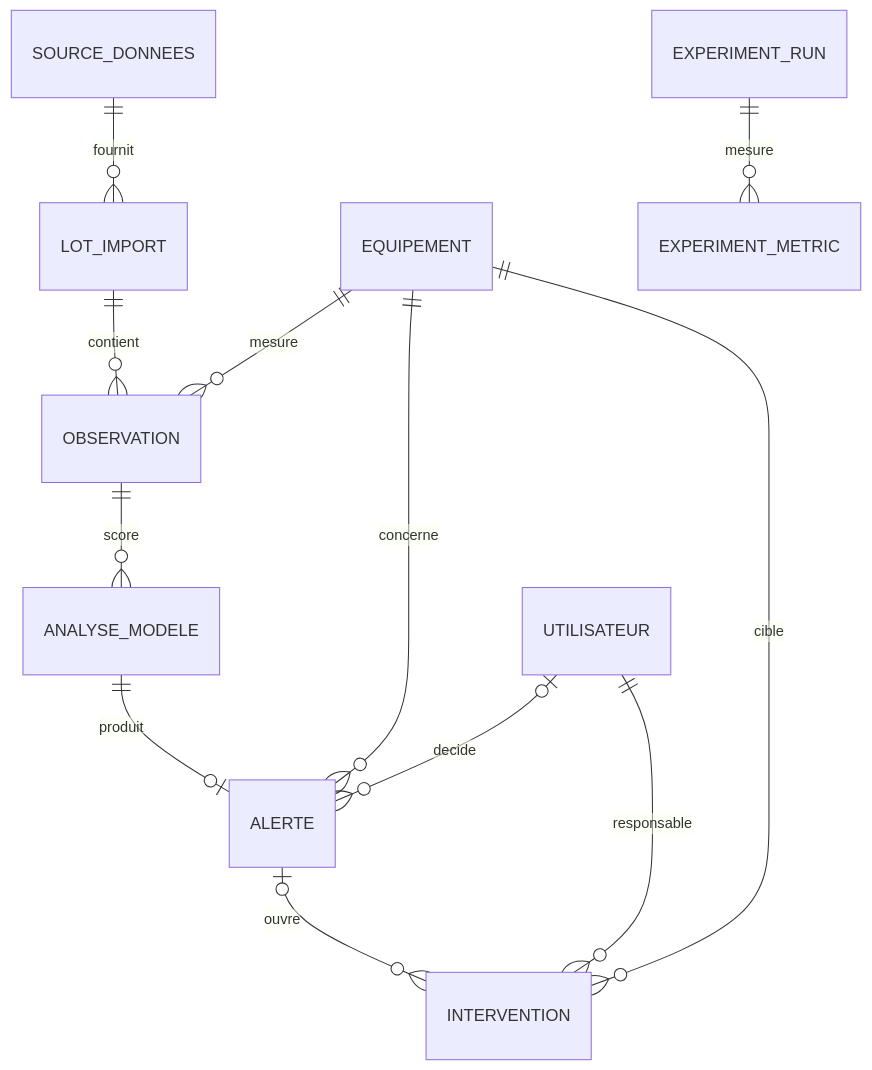
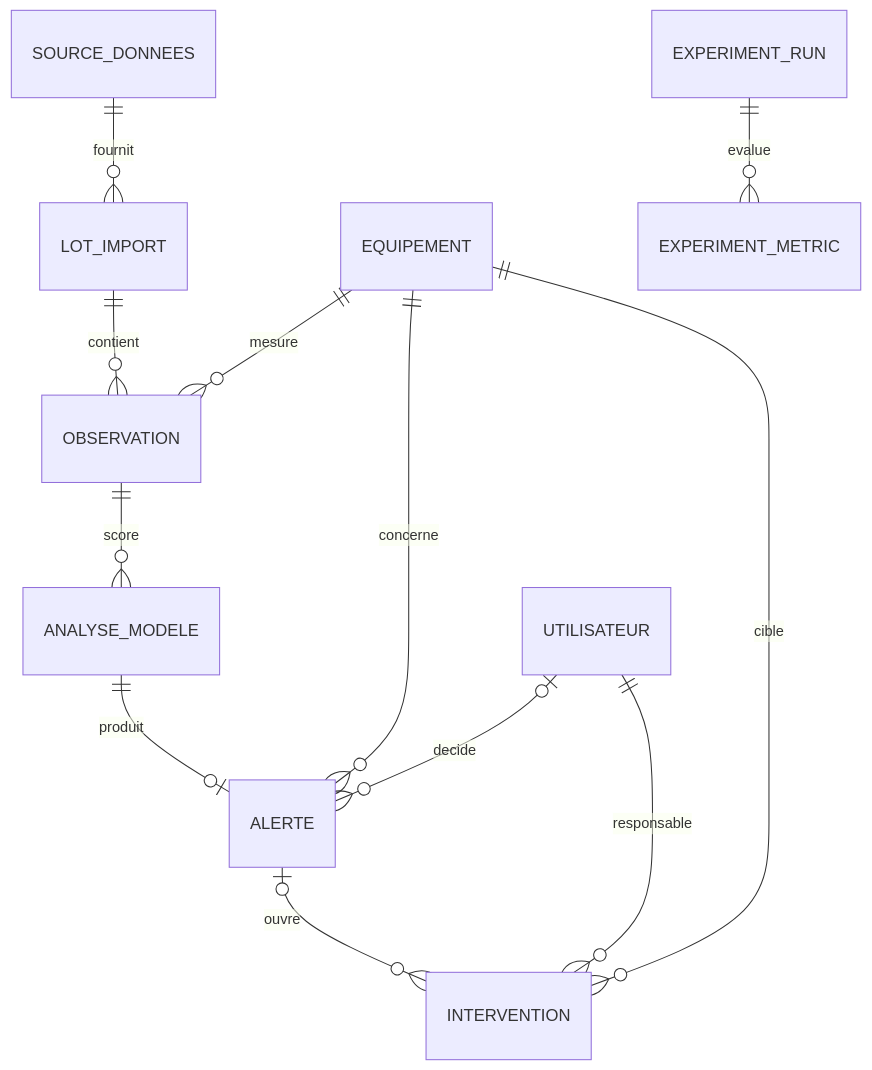
The diagram in docs/25_rcs41_mcd.md (GemimaOndele/Generative-ai-and-diffusion-models-project), drawn with Mermaid before and after one commit. The commit also changed other lines of this file and 3 other files, not shown here.

````diff
--- a/docs/25_rcs41_mcd.md
+++ b/docs/25_rcs41_mcd.md
@@ -53,14 +59,14 @@
 ```mermaid
 erDiagram
  SOURCE_DONNEES ||--o{ LOT_IMPORT : fournit
  LOT_IMPORT ||--o{ OBSERVATION : contient
  EQUIPEMENT ||--o{ OBSERVATION : mesure
  OBSERVATION ||--o{ ANALYSE_MODELE : score
  ANALYSE_MODELE ||--o| ALERTE : produit
  EQUIPEMENT ||--o{ ALERTE : concerne
  UTILISATEUR o|--o{ ALERTE : decide
  ALERTE o|--o{ INTERVENTION : ouvre
  UTILISATEUR ||--o{ INTERVENTION : responsable
  EQUIPEMENT ||--o{ INTERVENTION : cible
- EXPERIMENT_RUN ||--o{ EXPERIMENT_METRIC : mesure
+ EXPERIMENT_RUN ||--o{ EXPERIMENT_METRIC : evalue
 ```
````
